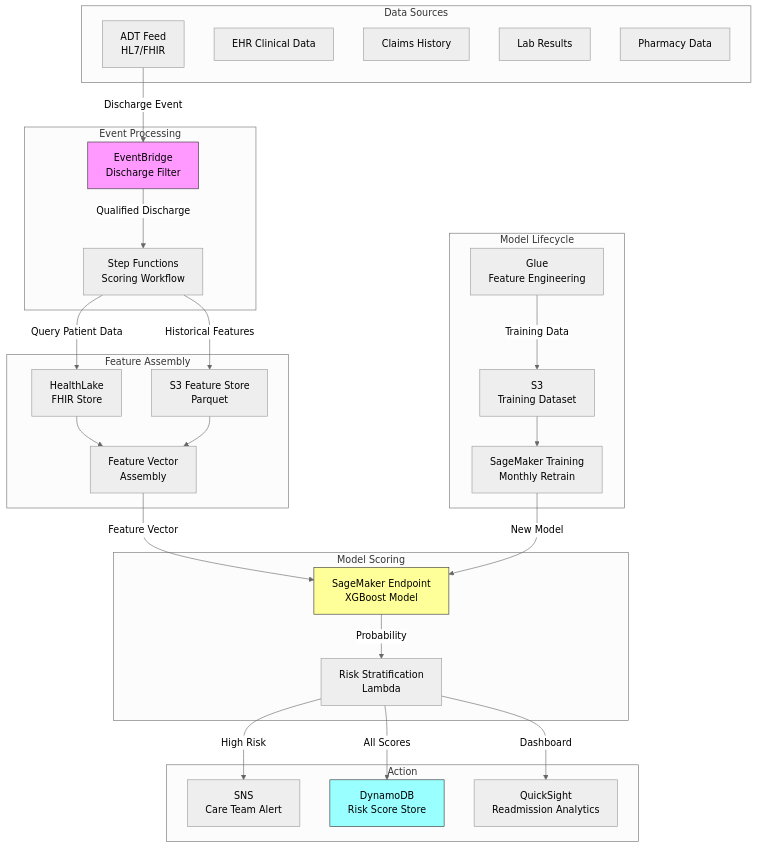
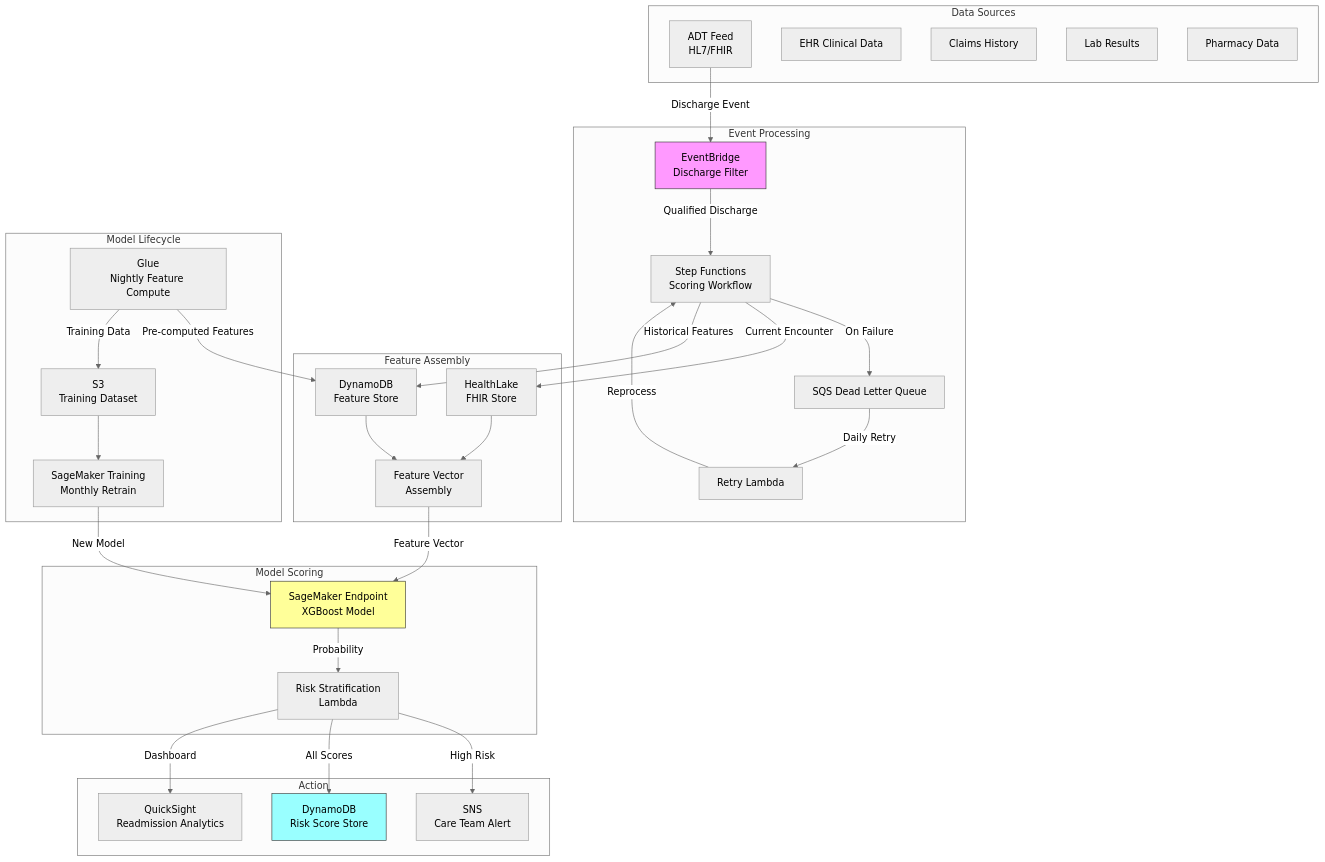
Before and after one commit to ccrngd1/HCLS-ai-book: the diagram in chapter07.05-architecture.md, drawn with Mermaid (neutral theme). The commit also changed other lines of this file and 4 other files, not shown here.

````diff
--- a/chapter07.05-architecture.md
+++ b/chapter07.05-architecture.md
@@ -25,43 +29,47 @@
 ```mermaid
 flowchart TD
     subgraph Data Sources
         A[ADT Feed\nHL7/FHIR]
         B[EHR Clinical Data]
         C[Claims History]
         D[Lab Results]
         E[Pharmacy Data]
     end
 
     subgraph Event Processing
         A -->|Discharge Event| F[EventBridge\nDischarge Filter]
         F -->|Qualified Discharge| G[Step Functions\nScoring Workflow]
+        G -->|On Failure| DLQ[SQS Dead Letter Queue]
+        DLQ -->|Daily Retry| RETRY[Retry Lambda]
+        RETRY -->|Reprocess| G
     end
 
     subgraph Feature Assembly
-        G -->|Query Patient Data| H[HealthLake\nFHIR Store]
-        G -->|Historical Features| I[S3 Feature Store\nParquet]
+        G -->|Current Encounter| H[HealthLake\nFHIR Store]
+        G -->|Historical Features| I[DynamoDB\nFeature Store]
         H --> J[Feature Vector\nAssembly]
         I --> J
     end
 
     subgraph Model Scoring
         J -->|Feature Vector| K[SageMaker Endpoint\nXGBoost Model]
         K -->|Probability| L[Risk Stratification\nLambda]
     end
 
     subgraph Action
         L -->|High Risk| M[SNS\nCare Team Alert]
         L -->|All Scores| N[DynamoDB\nRisk Score Store]
         L -->|Dashboard| O[QuickSight\nReadmission Analytics]
     end
 
     subgraph Model Lifecycle
-        P[Glue\nFeature Engineering] -->|Training Data| Q[S3\nTraining Dataset]
+        P[Glue\nNightly Feature Compute] -->|Pre-computed Features| I
+        P -->|Training Data| Q[S3\nTraining Dataset]
         Q --> R[SageMaker Training\nMonthly Retrain]
         R -->|New Model| K
     end
 
     style F fill:#f9f,stroke:#333
     style K fill:#ff9,stroke:#333
     style N fill:#9ff,stroke:#333
 ```
````
